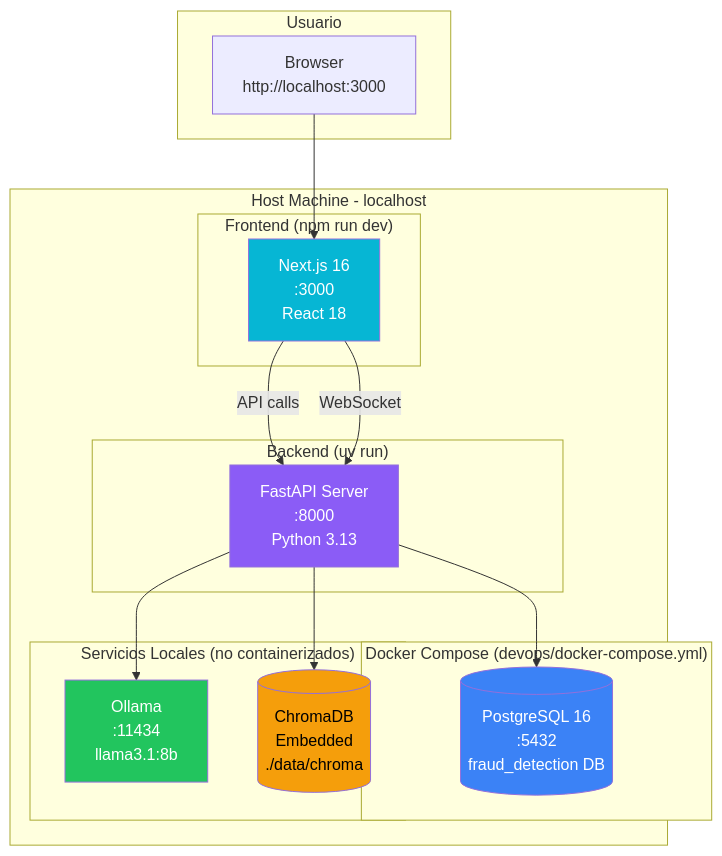
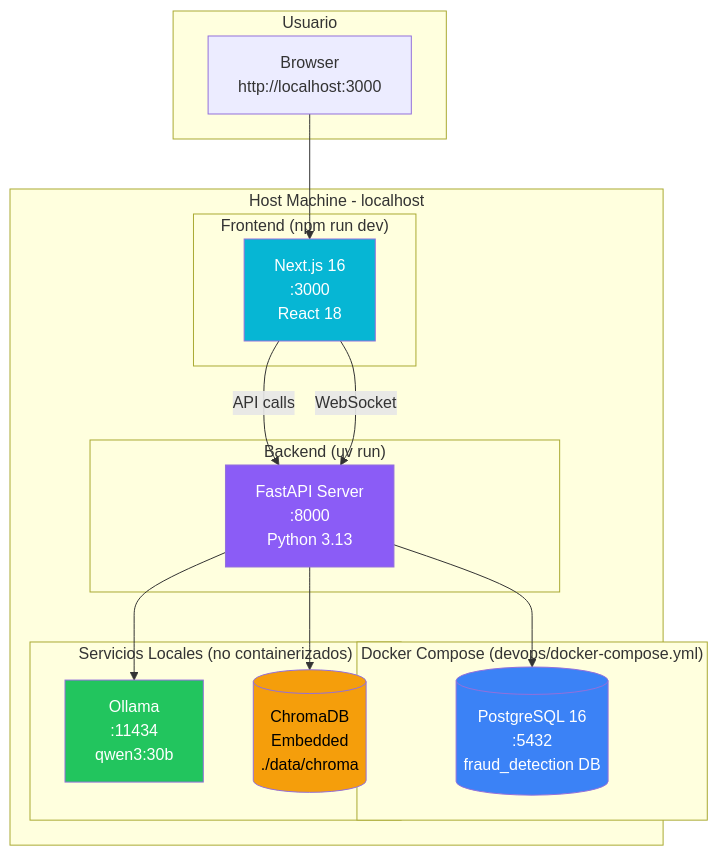
The ninth of 11 diagrams in .claude/docs/arquitectura-sistema.md (miguelsff/fraud-detection-multi-agent-system), drawn with Mermaid before and after one commit. The commit also changed other lines of this file and 88 other files, not shown here.

````diff
--- a/.claude/docs/arquitectura-sistema.md
+++ b/.claude/docs/arquitectura-sistema.md
@@ -887,38 +1106,38 @@
 ```mermaid
 graph TB
     subgraph "Host Machine - localhost"
         subgraph "Docker Compose (devops/docker-compose.yml)"
             PG[(PostgreSQL 16<br/>:5432<br/>fraud_detection DB)]
         end
 
         subgraph "Servicios Locales (no containerizados)"
-            OL[Ollama<br/>:11434<br/>llama3.1:8b]
+            OL[Ollama<br/>:11434<br/>qwen3:30b]
             CHR[(ChromaDB<br/>Embedded<br/>./data/chroma)]
         end
 
         subgraph "Backend (uv run)"
             BE[FastAPI Server<br/>:8000<br/>Python 3.13]
         end
 
         subgraph "Frontend (npm run dev)"
             FE[Next.js 16<br/>:3000<br/>React 18]
         end
     end
 
     subgraph "Usuario"
         BROWSER[Browser<br/>http://localhost:3000]
     end
 
     BROWSER --> FE
     FE -->|API calls| BE
     FE -->|WebSocket| BE
     BE --> PG
     BE --> OL
     BE --> CHR
 
     style PG fill:#3b82f6,color:#fff
     style OL fill:#22c55e,color:#fff
     style CHR fill:#f59e0b,color:#000
     style BE fill:#8b5cf6,color:#fff
     style FE fill:#06b6d4,color:#fff
 ```
````
